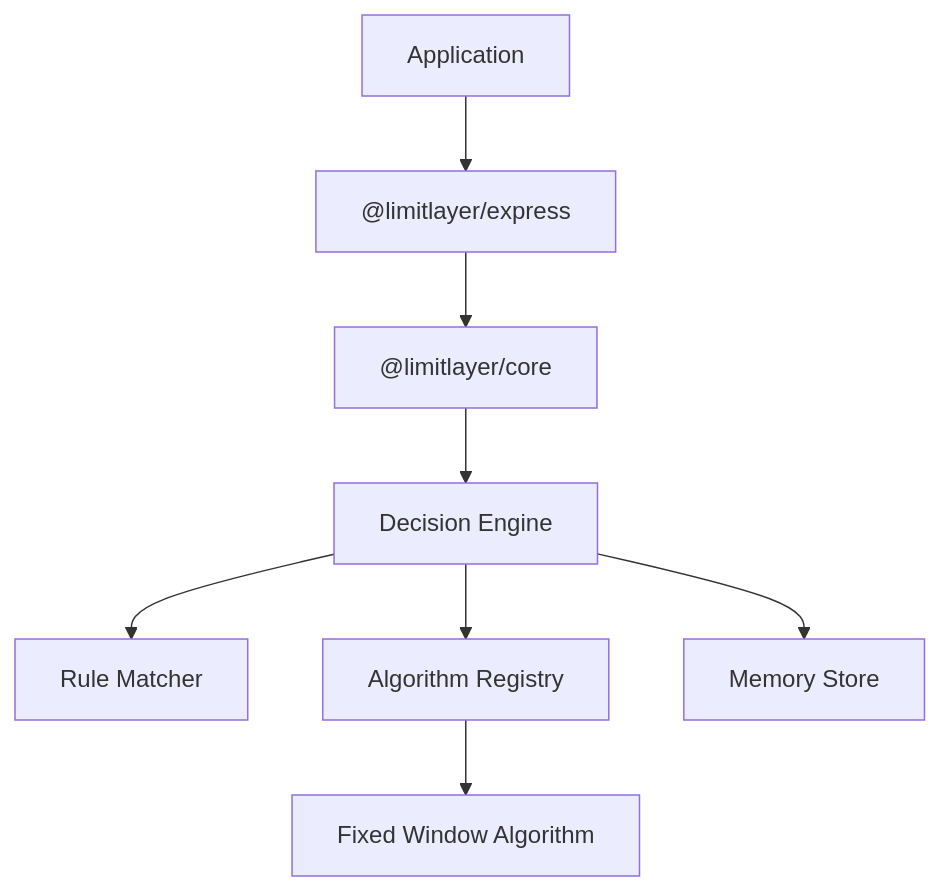
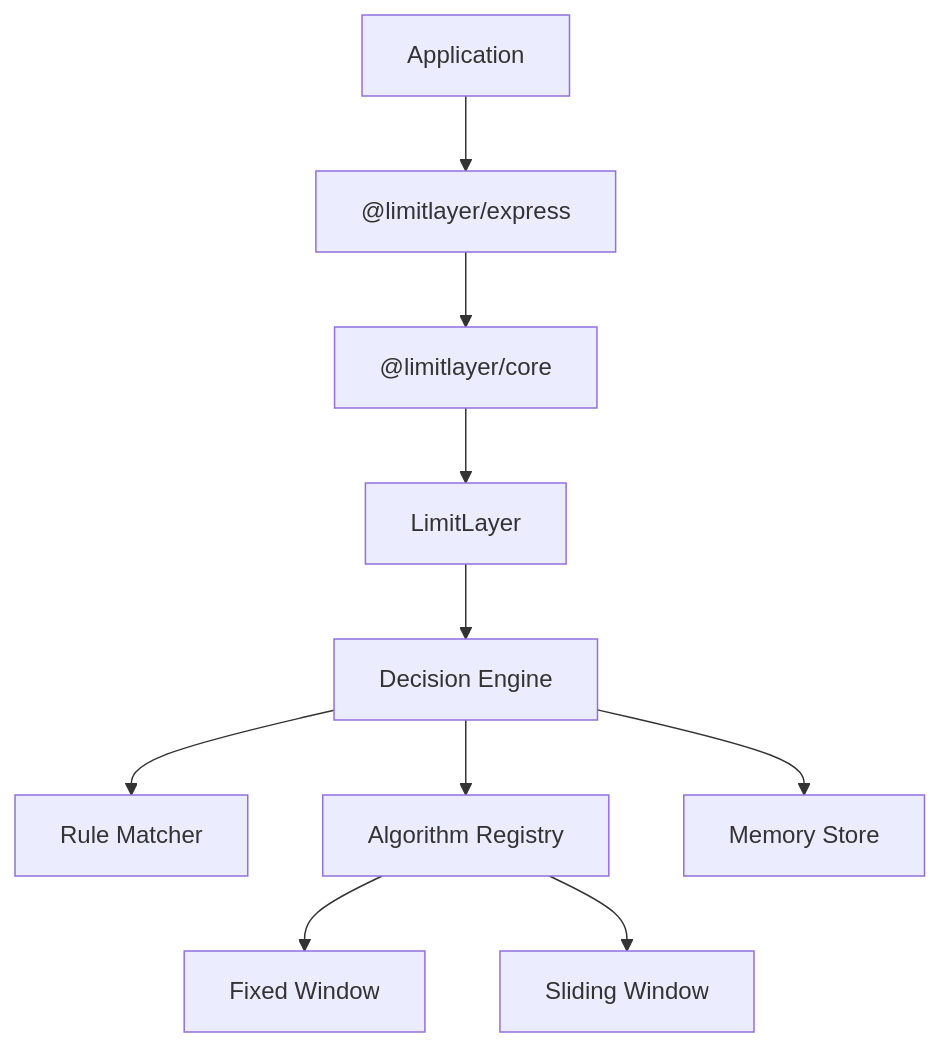
One commit to gargavi-oss/limit-layer changed the diagram in README.md. Above: the diagram before and after it, drawn with Mermaid. The commit also changed other lines of this file, not shown here.

````diff
--- a/README.md
+++ b/README.md
@@ -19,28 +38,36 @@
 ```mermaid
 flowchart TD
 
-    App[Application]
+    APP[Application]
 
-    Express["@limitlayer/express"]
+    EXPRESS["@limitlayer/express"]
 
-    Core["@limitlayer/core"]
+    CORE["@limitlayer/core"]
 
-    Engine[Decision Engine]
+    LIMITER[LimitLayer]
 
-    Matcher[Rule Matcher]
+    ENGINE[Decision Engine]
 
-    Registry[Algorithm Registry]
+    MATCHER[Rule Matcher]
 
-    Algorithm[Fixed Window Algorithm]
+    REGISTRY[Algorithm Registry]
 
-    Store[Memory Store]
+    FW[Fixed Window]
 
-    App --> Express
-    Express --> Core
+    SW[Sliding Window]
 
-    Core --> Engine
-    Engine --> Matcher
-    Engine --> Registry
-    Registry --> Algorithm
-    Engine --> Store
+    STORE[Memory Store]
+
+    APP --> EXPRESS
+    EXPRESS --> CORE
+
+    CORE --> LIMITER
+    LIMITER --> ENGINE
+
+    ENGINE --> MATCHER
+    ENGINE --> REGISTRY
+    ENGINE --> STORE
+
+    REGISTRY --> FW
+    REGISTRY --> SW
 ```
````
